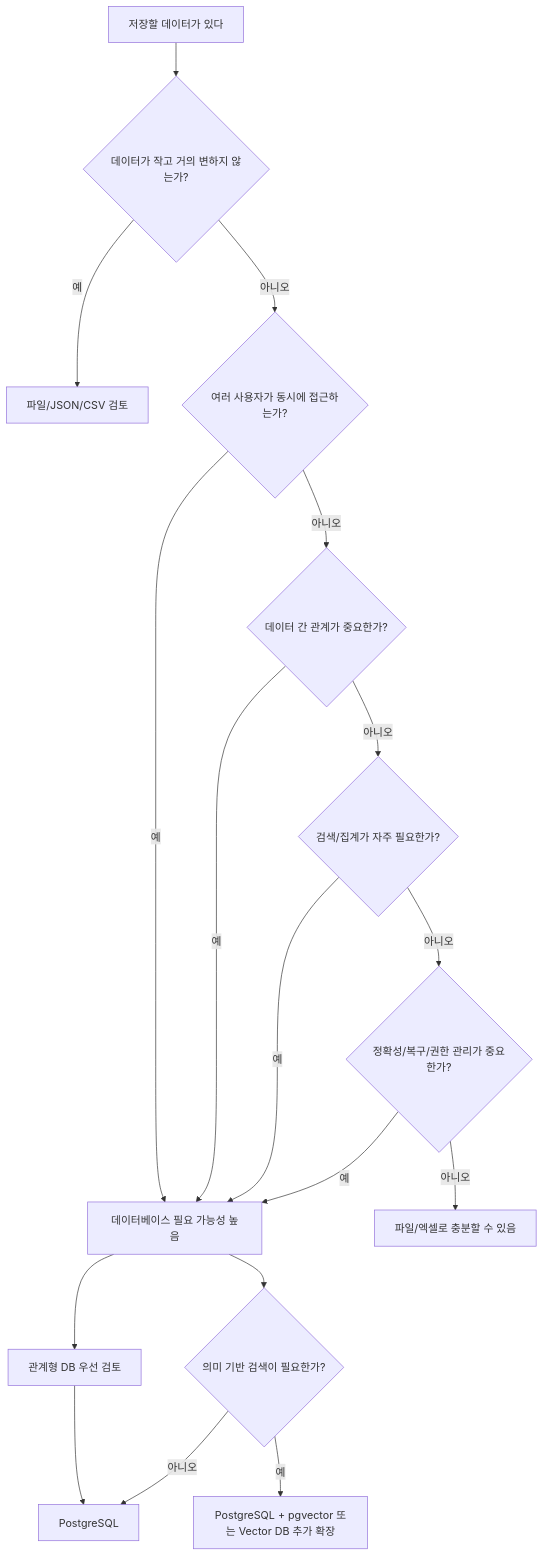
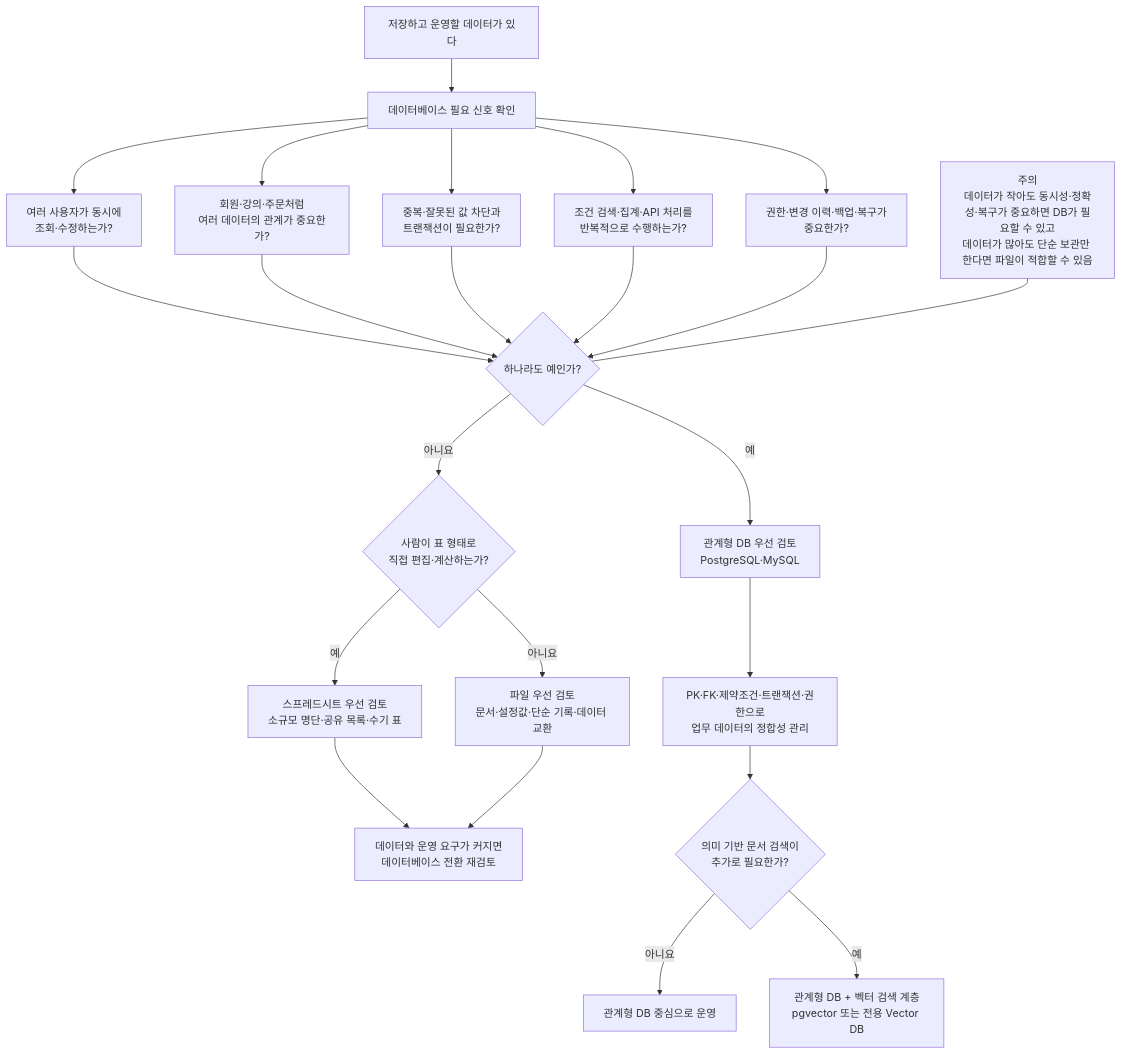
Before and after one commit to GilbertMoon/ai-database-book: the diagram in images/chapter01/ch01_02_db_need_decision_flow.mmd, drawn with Mermaid.

Commit message:
Refine chapter 1 database need decision source

```diff
--- a/images/chapter01/ch01_02_db_need_decision_flow.mmd
+++ b/images/chapter01/ch01_02_db_need_decision_flow.mmd
@@ -1,23 +1,28 @@
-flowchart TD
-    A[저장할 데이터가 있다] --> B{데이터가 작고 거의 변하지 않는가?}
-    B -- 예 --> C[파일/JSON/CSV 검토]
-    B -- 아니오 --> D{여러 사용자가 동시에 접근하는가?}
+flowchart TB
+    A[저장하고 운영할 데이터가 있다] --> B[데이터베이스 필요 신호 확인]
 
-    D -- 예 --> H[데이터베이스 필요 가능성 높음]
-    D -- 아니오 --> E{데이터 간 관계가 중요한가?}
+    B --> B1[여러 사용자가 동시에<br/>조회·수정하는가?]
+    B --> B2[회원·강의·주문처럼<br/>여러 데이터의 관계가 중요한가?]
+    B --> B3[중복·잘못된 값 차단과<br/>트랜잭션이 필요한가?]
+    B --> B4[조건 검색·집계·API 처리를<br/>반복적으로 수행하는가?]
+    B --> B5[권한·변경 이력·백업·복구가<br/>중요한가?]
 
-    E -- 예 --> H
-    E -- 아니오 --> F{검색/집계가 자주 필요한가?}
+    B1 --> C{하나라도 예인가?}
+    B2 --> C
+    B3 --> C
+    B4 --> C
+    B5 --> C
 
-    F -- 예 --> H
-    F -- 아니오 --> G{정확성/복구/권한 관리가 중요한가?}
+    C -- 아니요 --> D{사람이 표 형태로<br/>직접 편집·계산하는가?}
+    D -- 예 --> E[스프레드시트 우선 검토<br/>소규모 명단·공유 목록·수기 표]
+    D -- 아니요 --> F[파일 우선 검토<br/>문서·설정값·단순 기록·데이터 교환]
+    E --> G[데이터와 운영 요구가 커지면<br/>데이터베이스 전환 재검토]
+    F --> G
 
-    G -- 예 --> H
-    G -- 아니오 --> I[파일/엑셀로 충분할 수 있음]
+    C -- 예 --> H[관계형 DB 우선 검토<br/>PostgreSQL·MySQL]
+    H --> I[PK·FK·제약조건·트랜잭션·권한으로<br/>업무 데이터의 정합성 관리]
+    I --> J{의미 기반 문서 검색이<br/>추가로 필요한가?}
+    J -- 아니요 --> K[관계형 DB 중심으로 운영]
+    J -- 예 --> L[관계형 DB + 벡터 검색 계층<br/>pgvector 또는 전용 Vector DB]
 
-    H --> J[관계형 DB 우선 검토]
-    J --> K[PostgreSQL]
-
-    H --> L{의미 기반 검색이 필요한가?}
-    L -- 예 --> M[PostgreSQL + pgvector 또는 Vector DB 추가 확장]
-    L -- 아니오 --> K
+    N[주의<br/>데이터가 작아도 동시성·정확성·복구가 중요하면 DB가 필요할 수 있고<br/>데이터가 많아도 단순 보관만 한다면 파일이 적합할 수 있음] --- C
```
